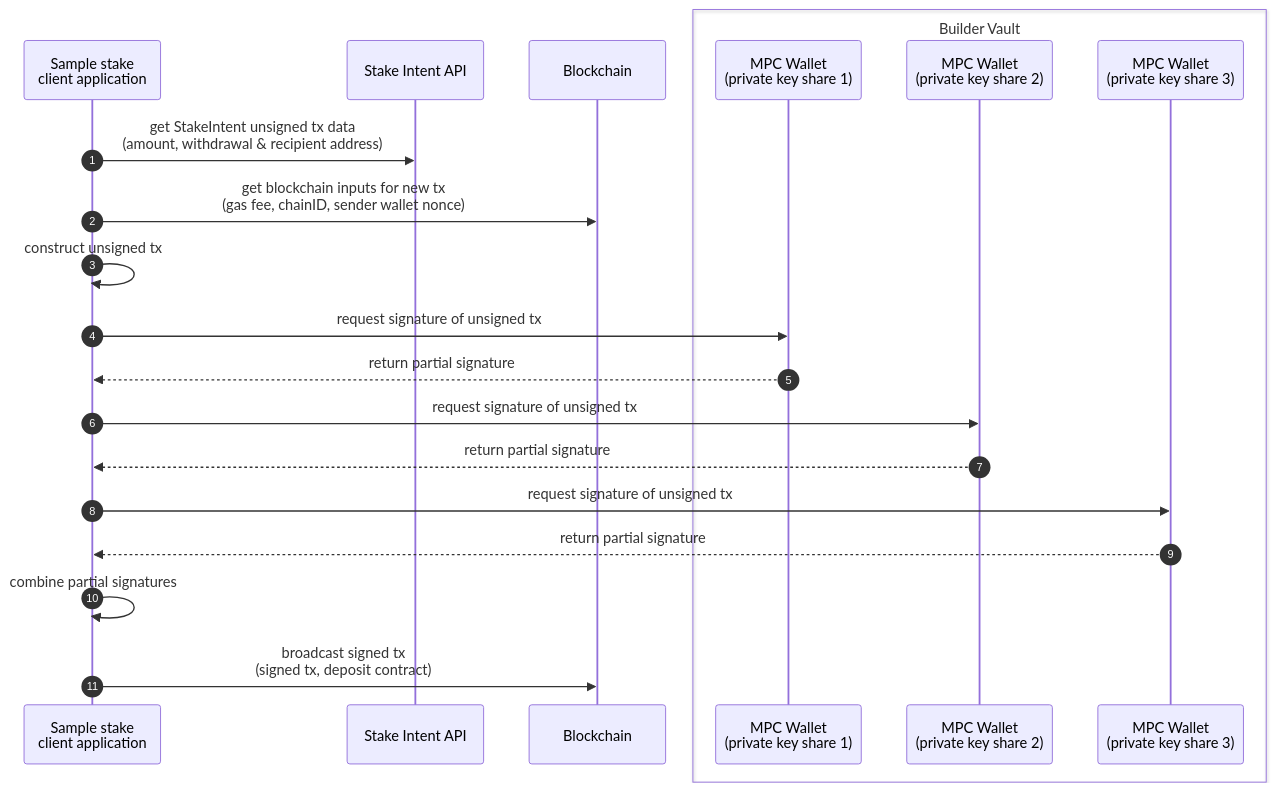
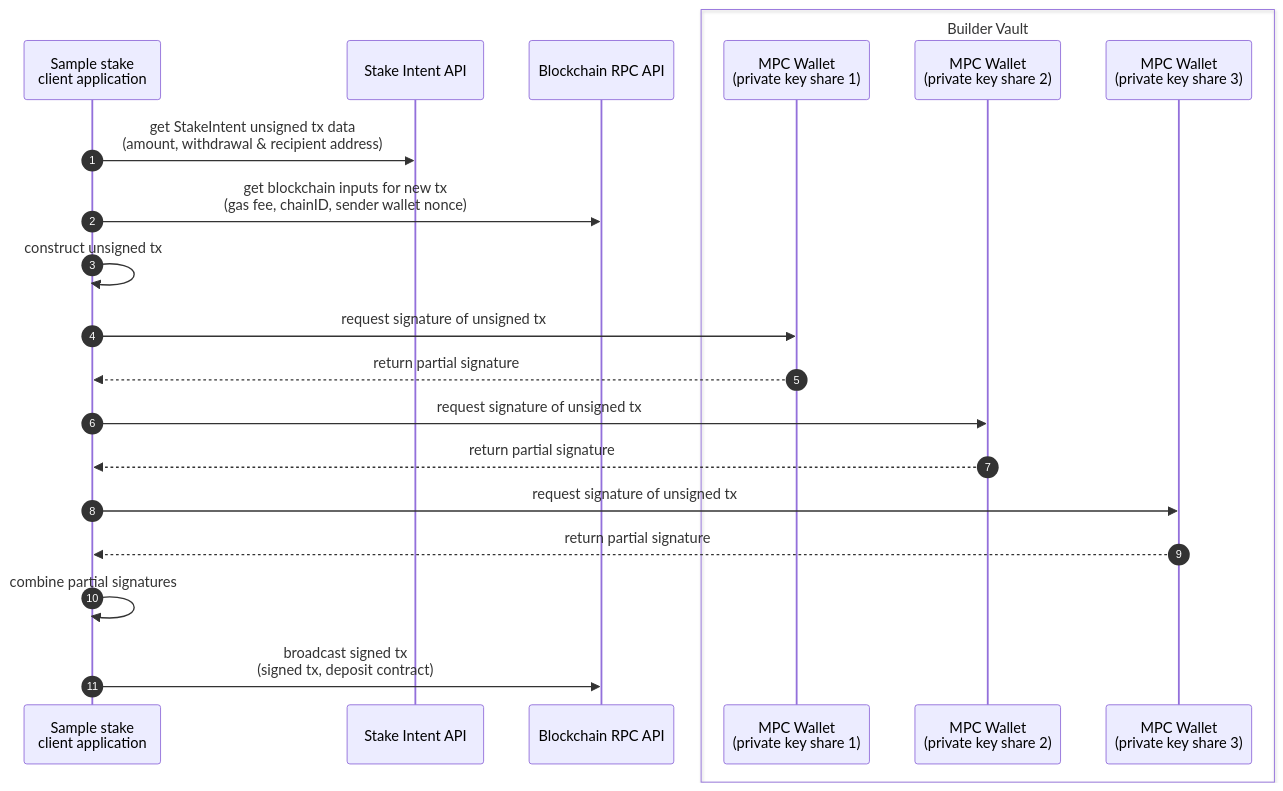
The diagram in README.md (Blockdaemon/demo-stakingAPI), drawn with Mermaid before and after one commit. The commit also changed other lines of this file and 1 other file, not shown here.

Commit message:
chore(SOLNENG-27): clearer comments

````diff
--- a/README.md
+++ b/README.md
@@ -5,24 +5,24 @@
 ```mermaid
 sequenceDiagram
     autonumber
     participant StakeClient as Sample stake<br> client application
     participant StakeAPI as Stake Intent API
-    participant Blockchain as Blockchain
+    participant Blockchain as Blockchain RPC API
     box Builder Vault
       participant TSM1 as MPC Wallet <br>(private key share 1)
       participant TSM2 as MPC Wallet <br>(private key share 2)
       participant TSM3 as MPC Wallet <br>(private key share 3)
     end
 
     StakeClient ->> StakeAPI: get StakeIntent unsigned tx data <br>(amount, withdrawal & recipient address)
     StakeClient ->> Blockchain: get blockchain inputs for new tx<br>(gas fee, chainID, sender wallet nonce)
     StakeClient ->> StakeClient: construct unsigned tx
     StakeClient ->> TSM1: request signature of unsigned tx
     TSM1 -->> StakeClient: return partial signature
     StakeClient ->> TSM2: request signature of unsigned tx
     TSM2 -->> StakeClient: return partial signature
     StakeClient ->> TSM3: request signature of unsigned tx
     TSM3 -->> StakeClient: return partial signature
     StakeClient ->> StakeClient: combine partial signatures
     StakeClient ->> Blockchain: broadcast signed tx<br>(signed tx, deposit contract)
 ```
````
